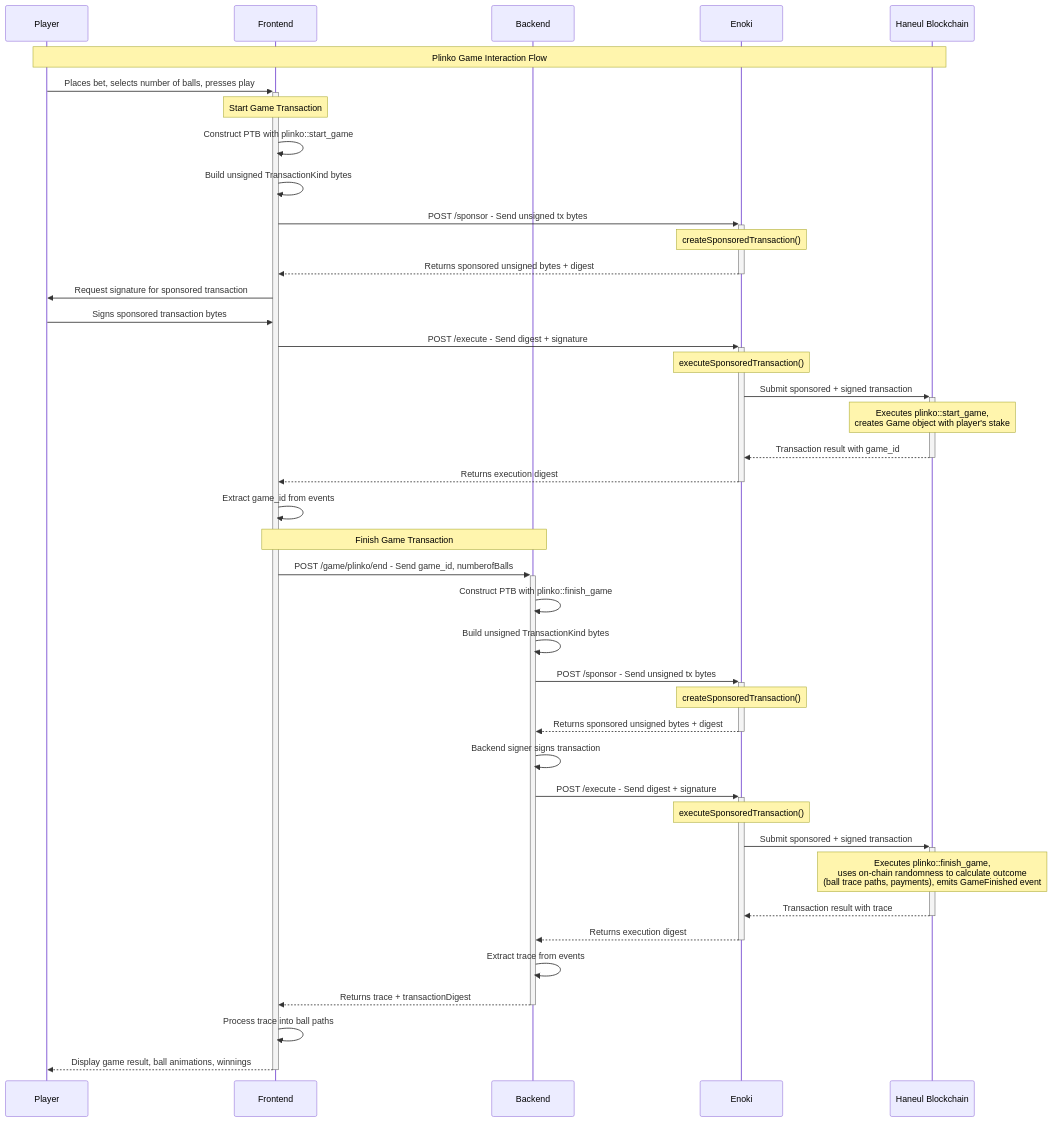
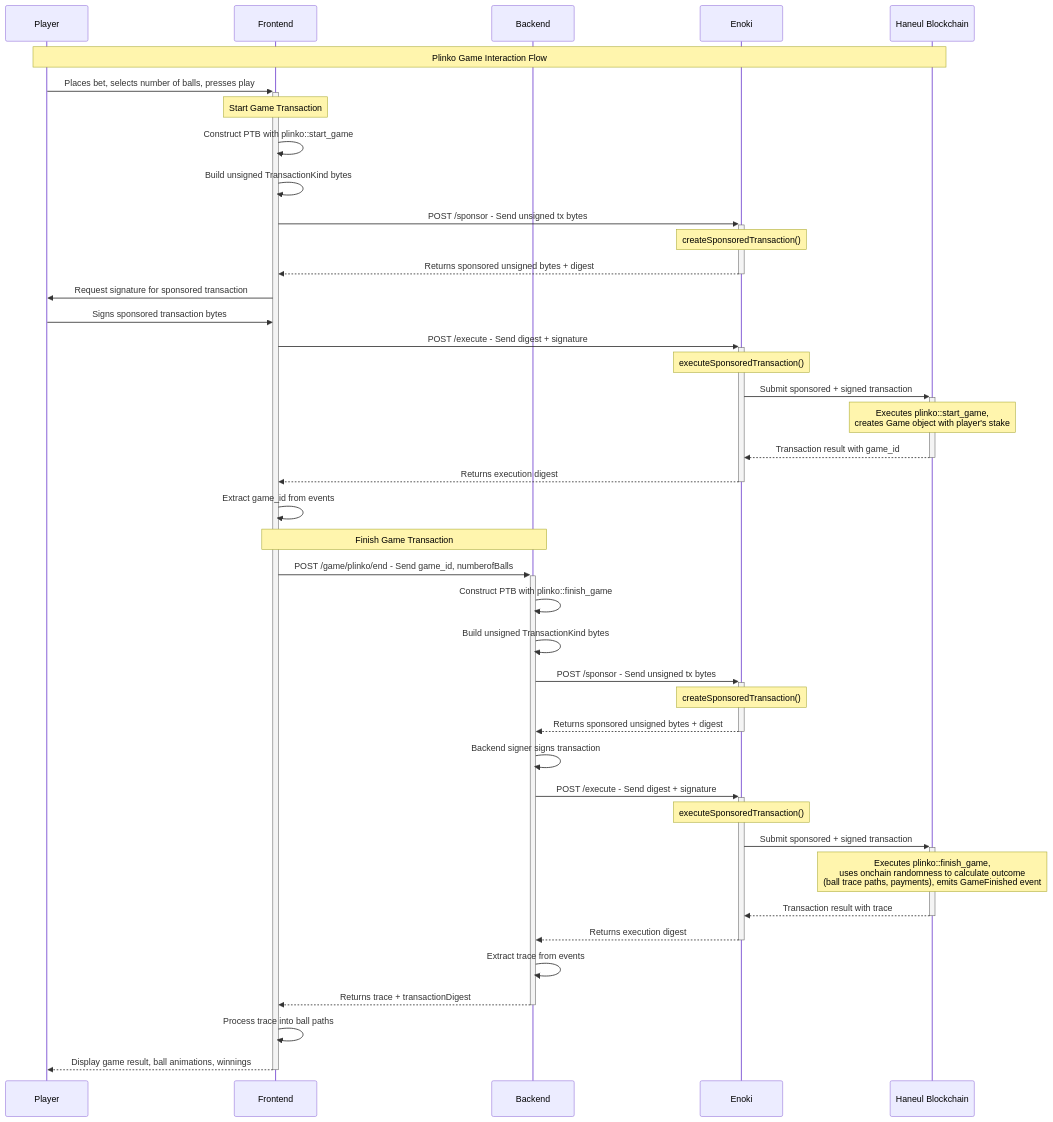
The diagram in docs/content/guides/developer/app-examples/plinko.mdx (GeunhwaJeong/haneul-new), drawn with Mermaid before and after one commit. The commit also changed other lines of this file and 100 other files, not shown here.

````diff
--- a/docs/content/guides/developer/app-examples/plinko.mdx
+++ b/docs/content/guides/developer/app-examples/plinko.mdx
@@ -29,47 +29,47 @@
 ```mermaid
 sequenceDiagram
     participant Player as Player
     participant FE as Frontend
     participant BE as Backend
     participant Enoki as Enoki
     participant Blockchain as Haneul Blockchain
 
     Note over Player, Blockchain: Plinko Game Interaction Flow
 
     Player->>+FE: Places bet, selects number of balls, presses play
 
     Note over FE: Start Game Transaction
     FE->>FE: Construct PTB with plinko::start_game
     FE->>FE: Build unsigned TransactionKind bytes
     FE->>+Enoki: POST /sponsor - Send unsigned tx bytes
     Note over Enoki: createSponsoredTransaction()
     Enoki-->>-FE: Returns sponsored unsigned bytes + digest
     FE->>Player: Request signature for sponsored transaction
     Player->>FE: Signs sponsored transaction bytes
     FE->>+Enoki: POST /execute - Send digest + signature
     Note over Enoki: executeSponsoredTransaction()
     Enoki->>+Blockchain: Submit sponsored + signed transaction
     Note over Blockchain: Executes plinko::start_game,<br/>creates Game object with player's stake
     Blockchain-->>-Enoki: Transaction result with game_id
     Enoki-->>-FE: Returns execution digest
     FE->>FE: Extract game_id from events
 
     Note over FE,BE: Finish Game Transaction
     FE->>+BE: POST /game/plinko/end - Send game_id, numberofBalls
     BE->>BE: Construct PTB with plinko::finish_game
     BE->>BE: Build unsigned TransactionKind bytes
     BE->>+Enoki: POST /sponsor - Send unsigned tx bytes
     Note over Enoki: createSponsoredTransaction()
     Enoki-->>-BE: Returns sponsored unsigned bytes + digest
     BE->>BE: Backend signer signs transaction
     BE->>+Enoki: POST /execute - Send digest + signature
     Note over Enoki: executeSponsoredTransaction()
     Enoki->>+Blockchain: Submit sponsored + signed transaction
-    Note over Blockchain: Executes plinko::finish_game,<br/>uses on-chain randomness to calculate outcome<br/>(ball trace paths, payments), emits GameFinished event
+    Note over Blockchain: Executes plinko::finish_game,<br/>uses onchain randomness to calculate outcome<br/>(ball trace paths, payments), emits GameFinished event
     Blockchain-->>-Enoki: Transaction result with trace
     Enoki-->>-BE: Returns execution digest
     BE->>BE: Extract trace from events
     BE-->>-FE: Returns trace + transactionDigest
     FE->>FE: Process trace into ball paths
     FE-->>-Player: Display game result, ball animations, winnings
 ```
````
